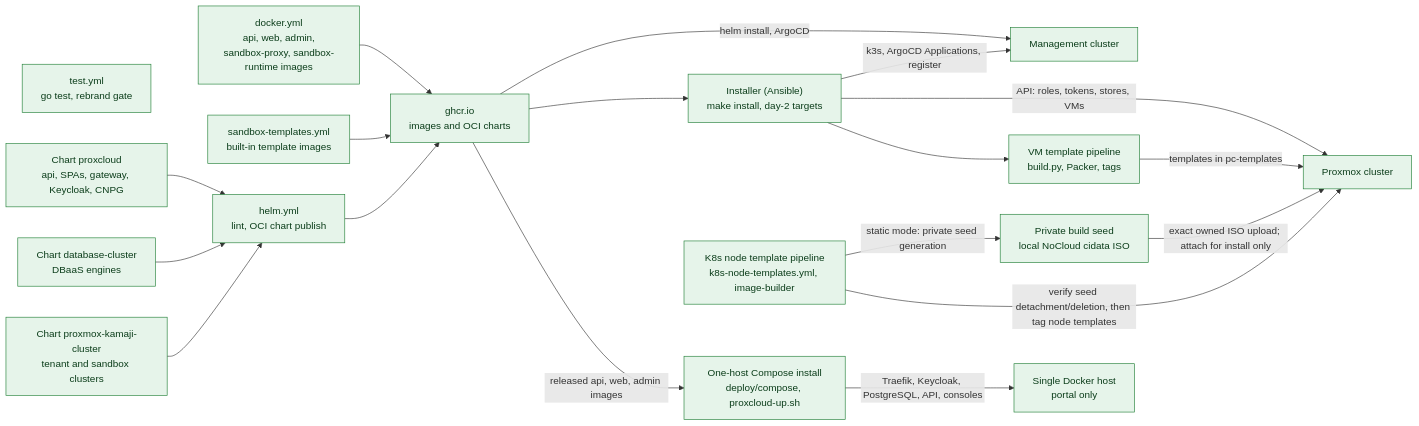
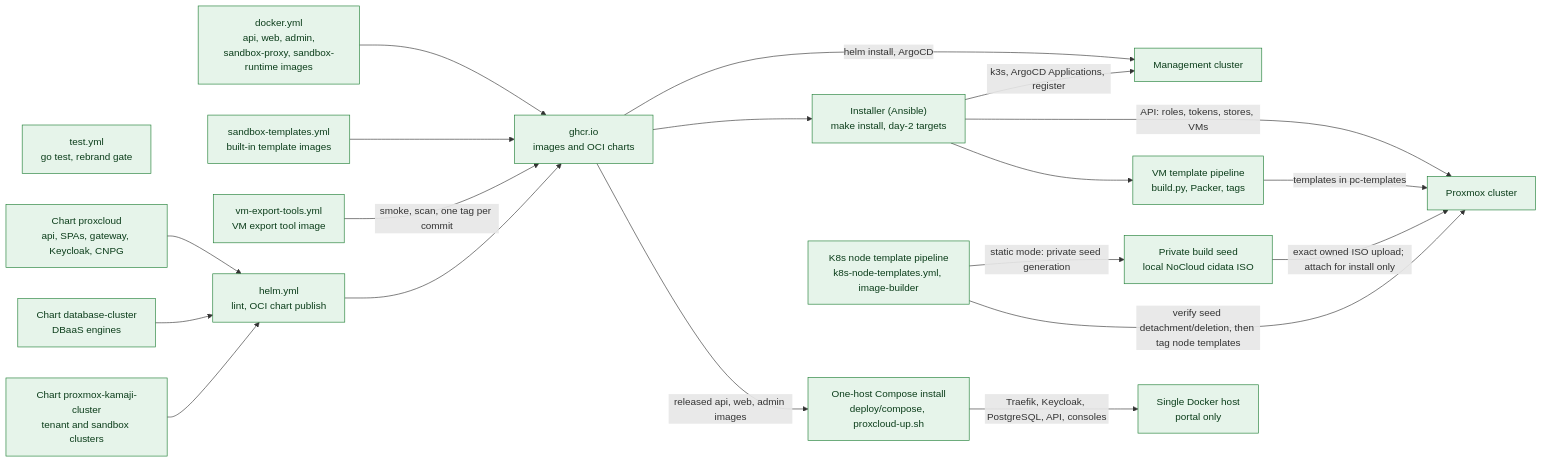
The third of 3 diagrams in docs/architecture/c4/c2-containers.md (mutex-solutions/proxcloud), drawn with Mermaid before and after one commit. The commit also changed other lines of this file and 9 other files, not shown here.

First line of the commit message:
ci(images): build the vm export tool image (#236)

````diff
--- a/docs/architecture/c4/c2-containers.md
+++ b/docs/architecture/c4/c2-containers.md
@@ -224,40 +224,42 @@
 ```mermaid
 flowchart LR
   classDef impl fill:#e6f4ea,stroke:#1e7e34,color:#0b3d1a
   classDef planned fill:#f2f2f2,stroke:#8a8a8a,stroke-dasharray:5 5,color:#555555
 
   test["test.yml<br/>go test, rebrand gate"]:::impl
   docker["docker.yml<br/>api, web, admin,<br/>sandbox-proxy, sandbox-runtime images"]:::impl
   sbxt["sandbox-templates.yml<br/>built-in template images"]:::impl
+  vmtools["vm-export-tools.yml<br/>VM export tool image"]:::impl
   helm["helm.yml<br/>lint, OCI chart publish"]:::impl
   ghcr["ghcr.io<br/>images and OCI charts"]:::impl
   chart["Chart proxcloud<br/>api, SPAs, gateway, Keycloak, CNPG"]:::impl
   dbchart["Chart database-cluster<br/>DBaaS engines"]:::impl
   k8schart["Chart proxmox-kamaji-cluster<br/>tenant and sandbox clusters"]:::impl
   inst["Installer (Ansible)<br/>make install, day-2 targets"]:::impl
   compose["One-host Compose install<br/>deploy/compose, proxcloud-up.sh"]:::impl
   host["Single Docker host<br/>portal only"]:::impl
   vmt["VM template pipeline<br/>build.py, Packer, tags"]:::impl
   k8st["K8s node template pipeline<br/>k8s-node-templates.yml, image-builder"]:::impl
   k8sseed["Private build seed<br/>local NoCloud cidata ISO"]:::impl
   mgmt["Management cluster"]:::impl
   pve["Proxmox cluster"]:::impl
 
   docker --> ghcr
   sbxt --> ghcr
+  vmtools -->|"smoke, scan, one tag per commit"| ghcr
   helm --> ghcr
   chart --> helm
   dbchart --> helm
   k8schart --> helm
   ghcr -->|"helm install, ArgoCD"| mgmt
   ghcr --> inst
   ghcr -->|"released api, web, admin images"| compose
   compose -->|"Traefik, Keycloak, PostgreSQL, API, consoles"| host
   inst -->|"k3s, ArgoCD Applications, register"| mgmt
   inst -->|"API: roles, tokens, stores, VMs"| pve
   inst --> vmt
   vmt -->|"templates in pc-templates"| pve
   k8st -->|"static mode: private seed generation"| k8sseed
   k8sseed -->|"exact owned ISO upload; attach for install only"| pve
   k8st -->|"verify seed detachment/deletion, then tag node templates"| pve
 ```
````
